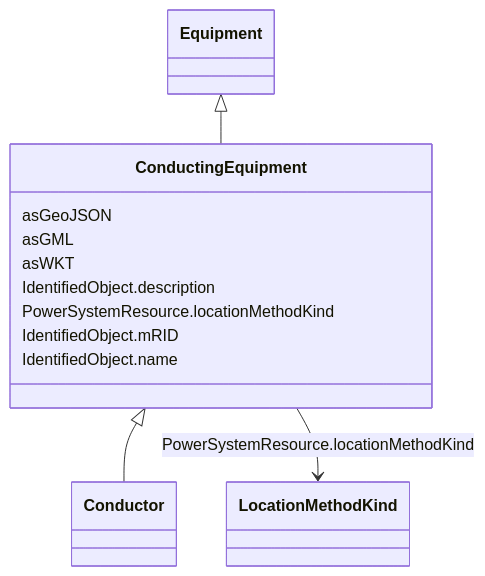
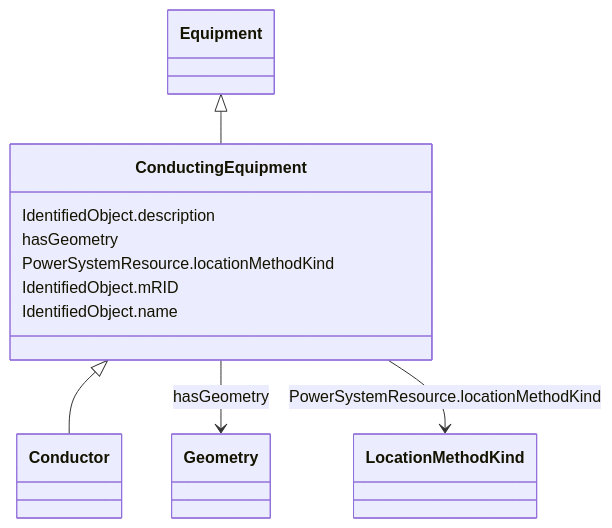
Before and after one commit to 3lbits/NoCIMExtensions: the diagram in docs/AviationObstacle/ConductingEquipment.md, drawn with Mermaid. The commit also changed other lines of this file and 61 other files, not shown here.

````diff
--- a/docs/AviationObstacle/ConductingEquipment.md
+++ b/docs/AviationObstacle/ConductingEquipment.md
@@ -18,31 +18,30 @@
 ```mermaid
  classDiagram
     class ConductingEquipment
     click ConductingEquipment href "../ConductingEquipment"
       Equipment <|-- ConductingEquipment
         click Equipment href "../Equipment"
       
 
       ConductingEquipment <|-- Conductor
         click Conductor href "../Conductor"
       
       
-      ConductingEquipment : asGeoJSON
+      ConductingEquipment : IdentifiedObject.description
         
-      ConductingEquipment : asGML
+      ConductingEquipment : hasGeometry
         
-      ConductingEquipment : asWKT
-        
-      ConductingEquipment : IdentifiedObject.description
+          ConductingEquipment --> Geometry : hasGeometry
+          click Geometry href "../Geometry"
         
       ConductingEquipment : PowerSystemResource.locationMethodKind
         
           ConductingEquipment --> LocationMethodKind : PowerSystemResource.locationMethodKind
           click LocationMethodKind href "../LocationMethodKind"
         
       ConductingEquipment : IdentifiedObject.mRID
         
       ConductingEquipment : IdentifiedObject.name
         
       
 ```
````
